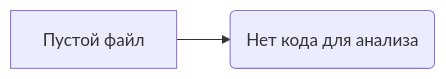
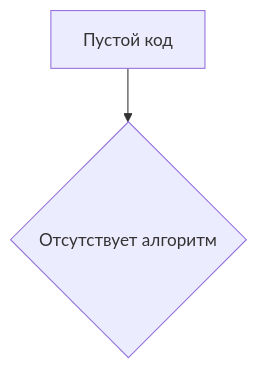
The diagram in docs/gemini/ru/explainer/src/webdriver/chrome/_docs/how_to_istall_chrome_for_testing.md (hypo69/hypo), drawn with Mermaid before and after one commit. The commit also changed other lines of this file and 311 other files, not shown here.

````diff
--- a/docs/gemini/ru/explainer/src/webdriver/chrome/_docs/how_to_istall_chrome_for_testing.md
+++ b/docs/gemini/ru/explainer/src/webdriver/chrome/_docs/how_to_istall_chrome_for_testing.md
@@ -15,4 +15,4 @@
 ```mermaid
-graph LR
-    A[Пустой файл] --> B(Нет кода для анализа);
+graph TD
+    A[Пустой код] --> B{Отсутствует алгоритм};
 ```
````
